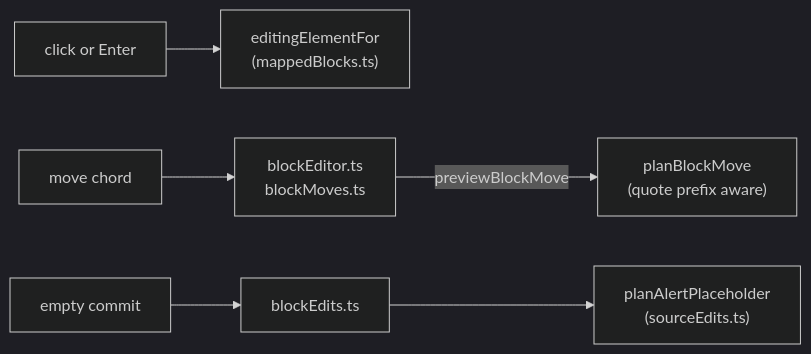
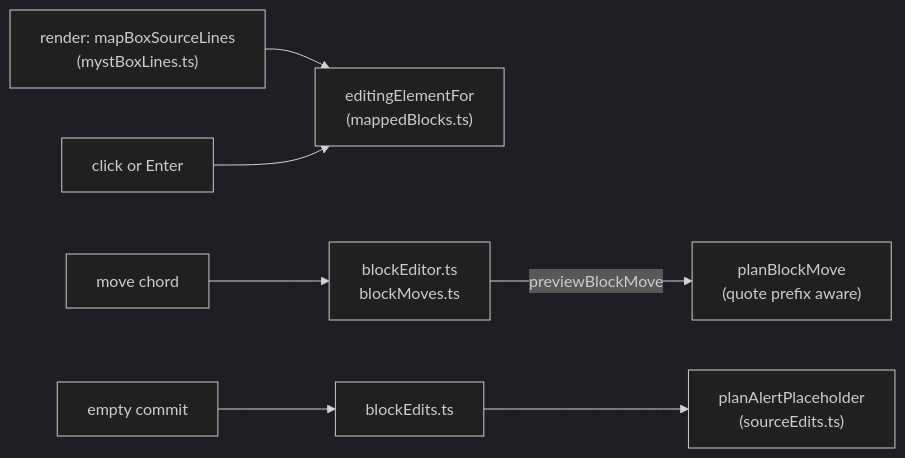
Before and after one commit to gsemet/gsemet-foss-planning-surface: the diagram in projects/markdown-okf-schema-studio/changes/4-batch/2-actives/514-enter-on-a-list-item-in-an-admonition-op/work/pr-body.md, drawn with Mermaid (dark theme). The commit also changed other lines of this file and 3 other files, not shown here.

First line of the commit message:
chantier: markdown-okf-schema-studio: 4 files

````diff
--- a/projects/markdown-okf-schema-studio/changes/4-batch/2-actives/514-enter-on-a-list-item-in-an-admonition-op/work/pr-body.md
+++ b/projects/markdown-okf-schema-studio/changes/4-batch/2-actives/514-enter-on-a-list-item-in-an-admonition-op/work/pr-body.md
@@ -22,8 +26,9 @@
 ```mermaid
 flowchart LR
+  render["render: mapBoxSourceLines<br/>(mystBoxLines.ts)"] --> pick
   click[click or Enter] --> pick["editingElementFor<br/>(mappedBlocks.ts)"]
   chord[move chord] --> moves["blockEditor.ts<br/>blockMoves.ts"]
   moves -->|previewBlockMove| plan["planBlockMove<br/>(quote prefix aware)"]
   commit[empty commit] --> drain["blockEdits.ts"]
   drain --> keep["planAlertPlaceholder<br/>(sourceEdits.ts)"]
 ```
````
